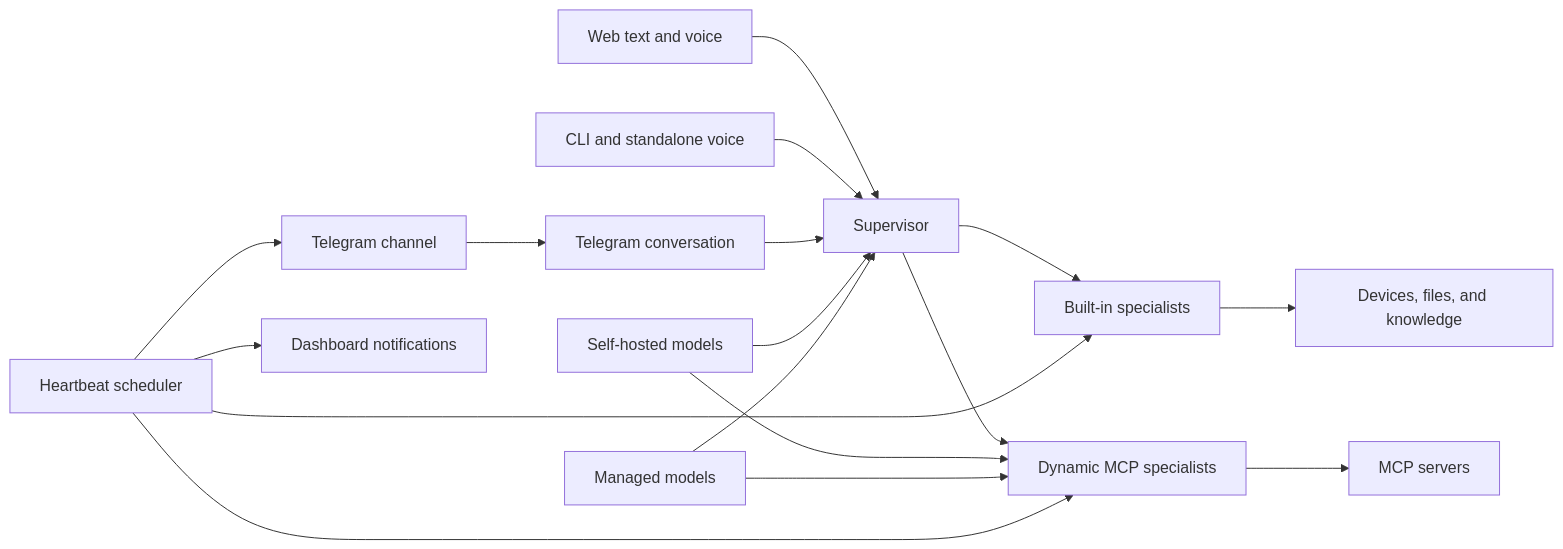
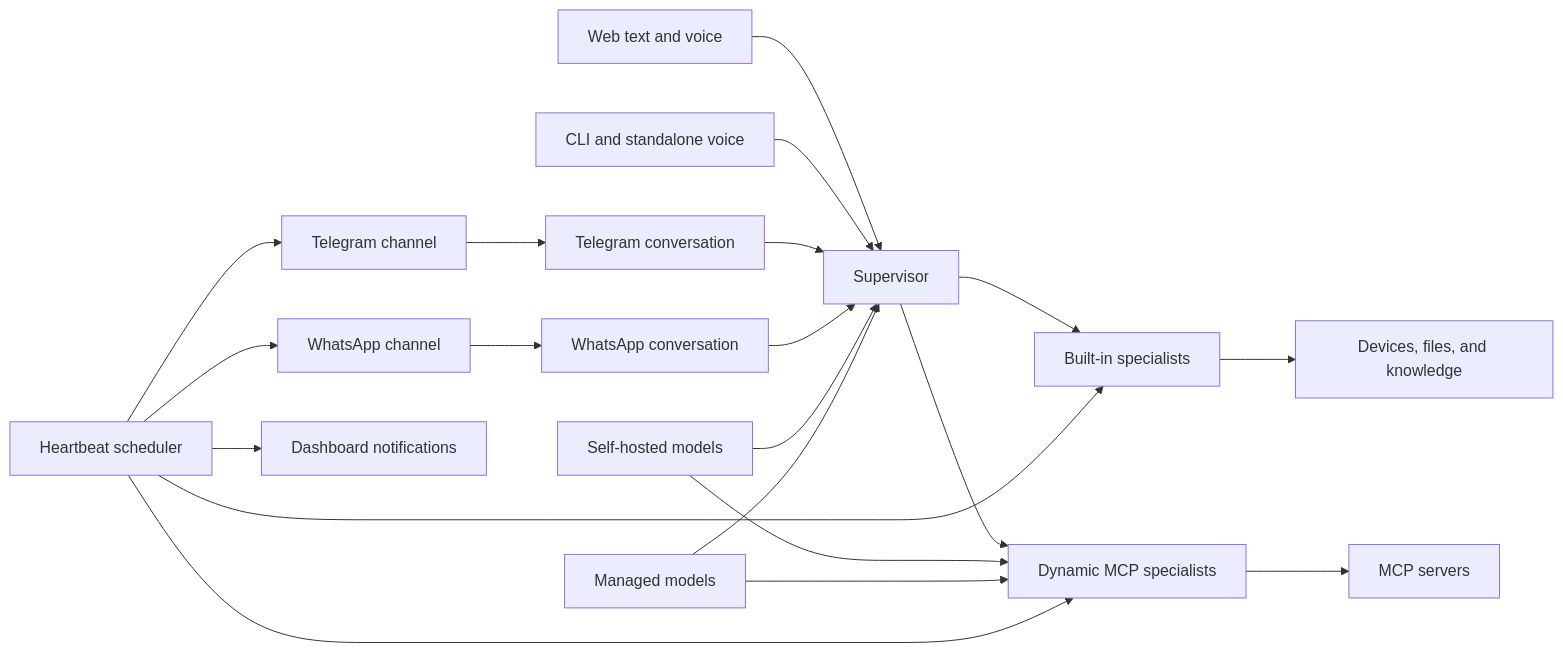
The diagram in README.md (AhmedAabedd/jarvis-local-assistant), drawn with Mermaid before and after one commit. The commit also changed other lines of this file and 8 other files, not shown here.

First line of the commit message:
[ADD] Add whatsApp entry point

````diff
--- a/README.md
+++ b/README.md
@@ -73,22 +73,25 @@
 ```mermaid
 flowchart LR
     Web[Web text and voice] --> S[Supervisor]
     CLI[CLI and standalone voice] --> S
     TG[Telegram channel] --> TS[Telegram conversation]
     TS --> S
+    WA[WhatsApp channel] --> WS[WhatsApp conversation]
+    WS --> S
 
     S --> B[Built-in specialists]
     S --> D[Dynamic MCP specialists]
     B --> ENV[Devices, files, and knowledge]
     D --> MCP[MCP servers]
 
     SM[Self-hosted models] --> S
     CM[Managed models] --> S
     SM --> D
     CM --> D
 
     HB[Heartbeat scheduler] --> B
     HB --> D
     HB --> N[Dashboard notifications]
     HB --> TG
+    HB --> WA
 ```
````
